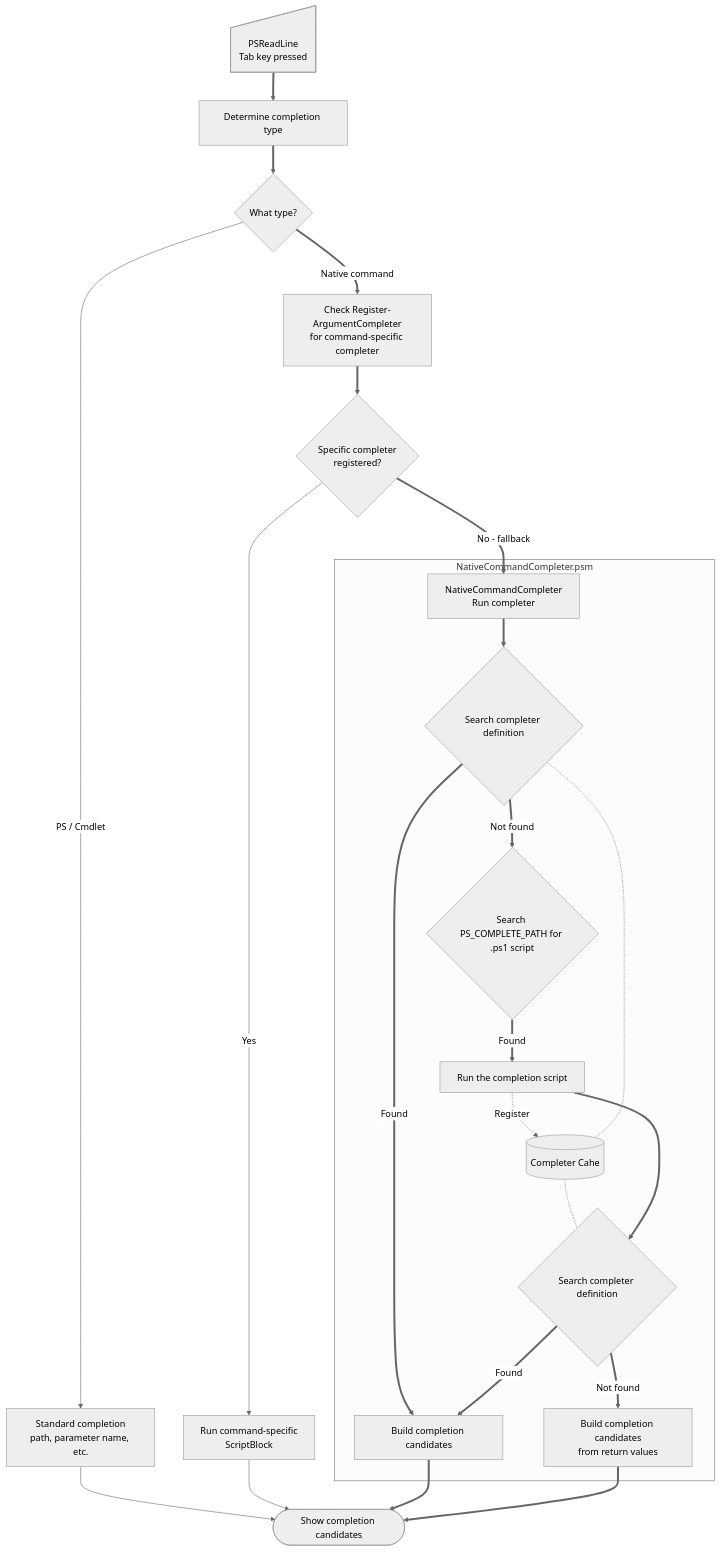
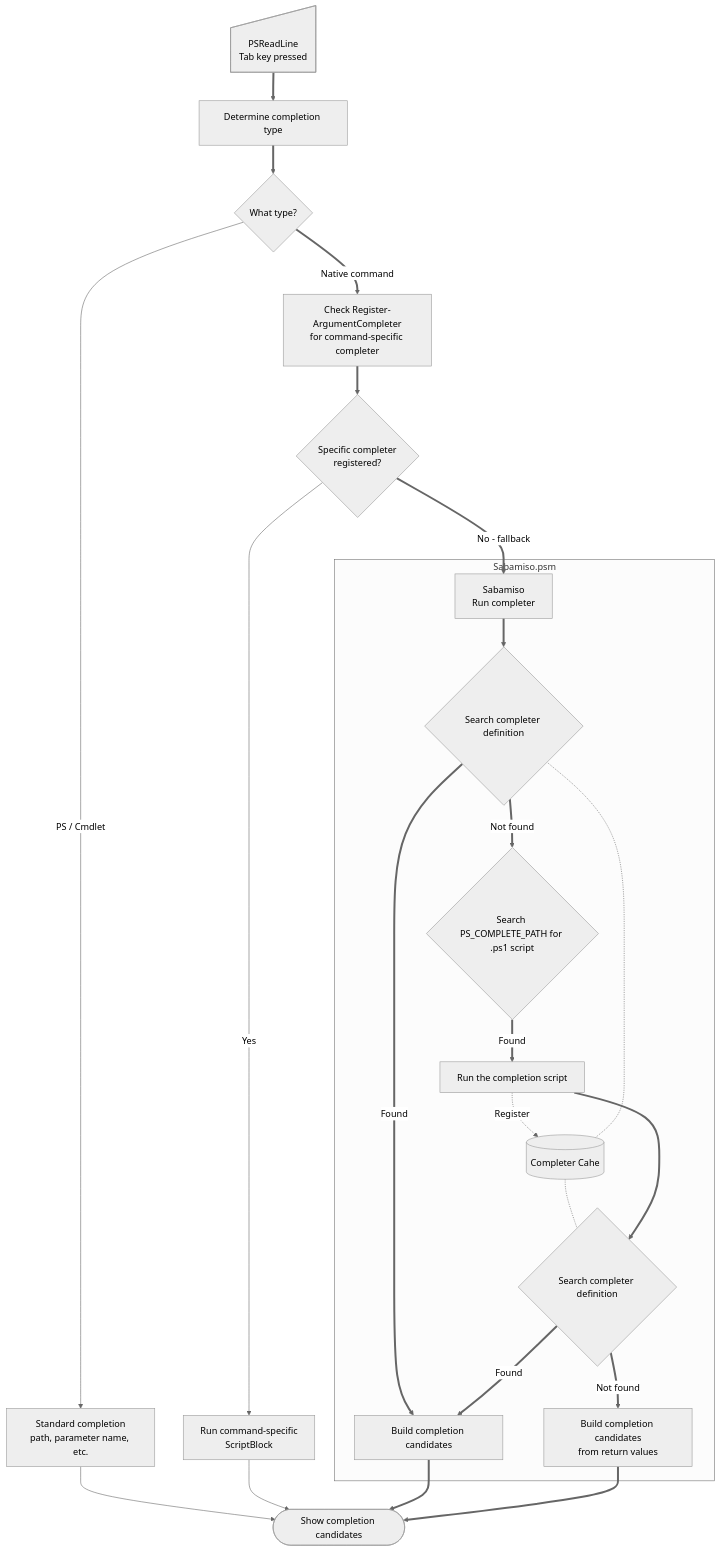
One commit to teramako/NativeCommandCompleter.psm changed the diagram in README.md. Above: the diagram before and after it, drawn with Mermaid (neutral theme). The commit also changed other lines of this file and 17 other files, not shown here.

````diff
--- a/README.md
+++ b/README.md
@@ -103,38 +103,38 @@
 ```mermaid
 flowchart TD
     START@{ shape: manual-input, label: "PSReadLine\nTab key pressed"}
     B[Determine completion type]
     C{What type?}
     D[Standard completion\npath, parameter name, etc.]
     E[Check Register-ArgumentCompleter\nfor command-specific completer]
     F{Specific completer\nregistered?}
     G[Run command-specific\nScriptBlock]
     END([Show completion candidates])
     START ==> B ==> C
     C -->|PS / Cmdlet| D --> END
     C ==>|Native command| E ==> F
     F -->|Yes| G --> END
     F ==>|No - fallback| RunCompleter
-    subgraph NativeCommandCompleter.psm
-        RunCompleter[NativeCommandCompleter\nRun completer]
+    subgraph Sabamiso.psm
+        RunCompleter[Sabamiso\nRun completer]
         SearchCache{Search completer definition}
         SearchCache2{Search completer definition}
         BuildCompletionCandidates[Build completion candidates]
         BuildCompletionCandidates2[Build completion candidates\nfrom return values]
         SearchCompleterScript{Search PS_COMPLETE_PATH for .ps1 script}
         RunCompletionScript[Run the completion script]
         CompleterCache[(Completer Cahe)]
         CompleterCache -.- SearchCache
         CompleterCache -.- SearchCache2
         RunCompleter ==> SearchCache
         RunCompletionScript -.->|Register| CompleterCache
         SearchCache ==>|Found| BuildCompletionCandidates
         SearchCache ==>|Not found| SearchCompleterScript
         SearchCompleterScript ==>|Found| RunCompletionScript
         RunCompletionScript ==> SearchCache2
         SearchCache2 ==>|Found| BuildCompletionCandidates
         SearchCache2 ==>|Not found| BuildCompletionCandidates2
     end
     BuildCompletionCandidates ==> END
     BuildCompletionCandidates2 ==> END
 ```
````
